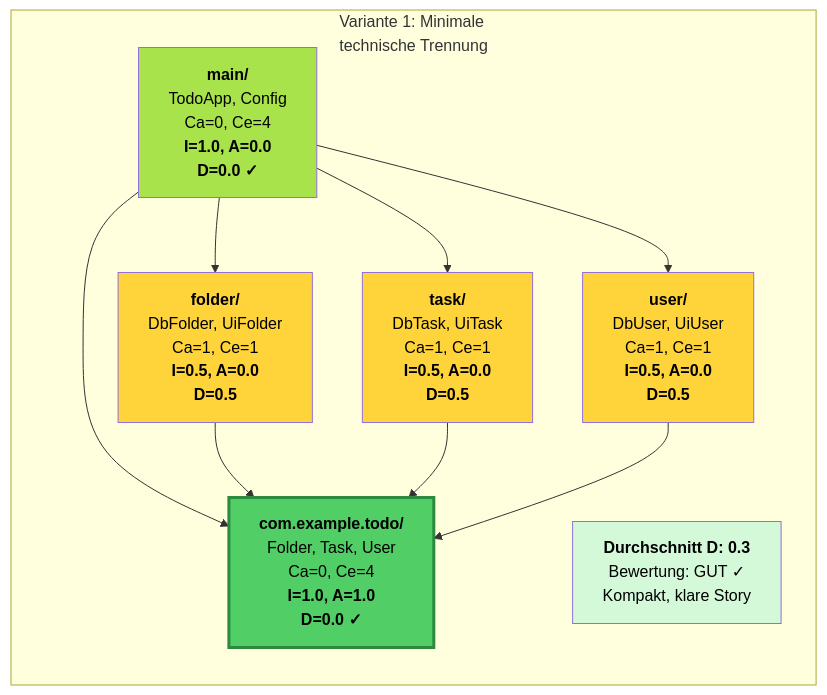
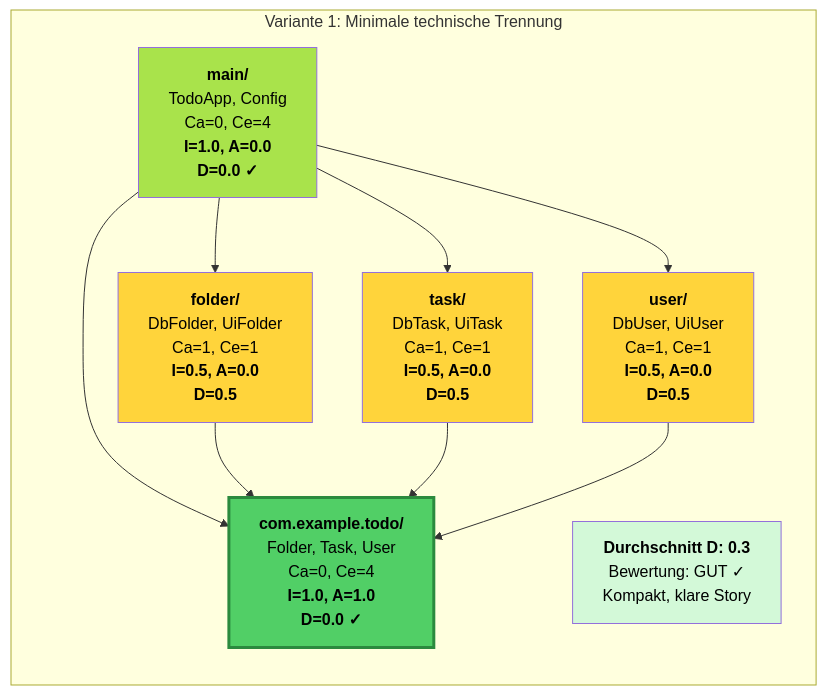
Before and after one commit to andreas-wagner-dev/object-oriented-learning-journey: the first of 16 diagrams in blog/002_packaging_like_a_pro.md, drawn with Mermaid. The commit also changed other lines of this file, not shown here.

````diff
--- a/blog/002_packaging_like_a_pro.md
+++ b/blog/002_packaging_like_a_pro.md
@@ -289,35 +289,35 @@
 ```mermaid
 graph TB
-    subgraph "Variante 1: Minimale<br/>technische Trennung"
+    subgraph "Variante 1: Minimale technische Trennung"
         direction TB
         
         V1_ROOT["<b>com.example.todo/</b><br/>Folder, Task, User<br/>Ca=0, Ce=4<br/><b>I=1.0, A=1.0</b><br/><b>D=0.0 ✓</b>"]
         
         V1_FOLDER["<b>folder/</b><br/>DbFolder, UiFolder<br/>Ca=1, Ce=1<br/><b>I=0.5, A=0.0</b><br/><b>D=0.5</b>"]
         
         V1_TASK["<b>task/</b><br/>DbTask, UiTask<br/>Ca=1, Ce=1<br/><b>I=0.5, A=0.0</b><br/><b>D=0.5</b>"]
         
         V1_USER["<b>user/</b><br/>DbUser, UiUser<br/>Ca=1, Ce=1<br/><b>I=0.5, A=0.0</b><br/><b>D=0.5</b>"]
         
         V1_MAIN["<b>main/</b><br/>TodoApp, Config<br/>Ca=0, Ce=4<br/><b>I=1.0, A=0.0</b><br/><b>D=0.0 ✓</b>"]
         
         V1_MAIN --> V1_ROOT
         V1_MAIN --> V1_FOLDER
         V1_MAIN --> V1_TASK
         V1_MAIN --> V1_USER
         
         V1_FOLDER --> V1_ROOT
         V1_TASK --> V1_ROOT
         V1_USER --> V1_ROOT
         
         style V1_ROOT fill:#51cf66,stroke:#2b8a3e,stroke-width:3px,color:#000
         style V1_FOLDER fill:#ffd43b,color:#000
         style V1_TASK fill:#ffd43b,color:#000
         style V1_USER fill:#ffd43b,color:#000
         style V1_MAIN fill:#a9e34b,color:#000
         
         V1_RESULT["<b>Durchschnitt D: 0.3</b><br/>Bewertung: GUT ✓<br/>Kompakt, klare Story"]
         style V1_RESULT fill:#d3f9d8,color:#000
     end
 
 ```
````
